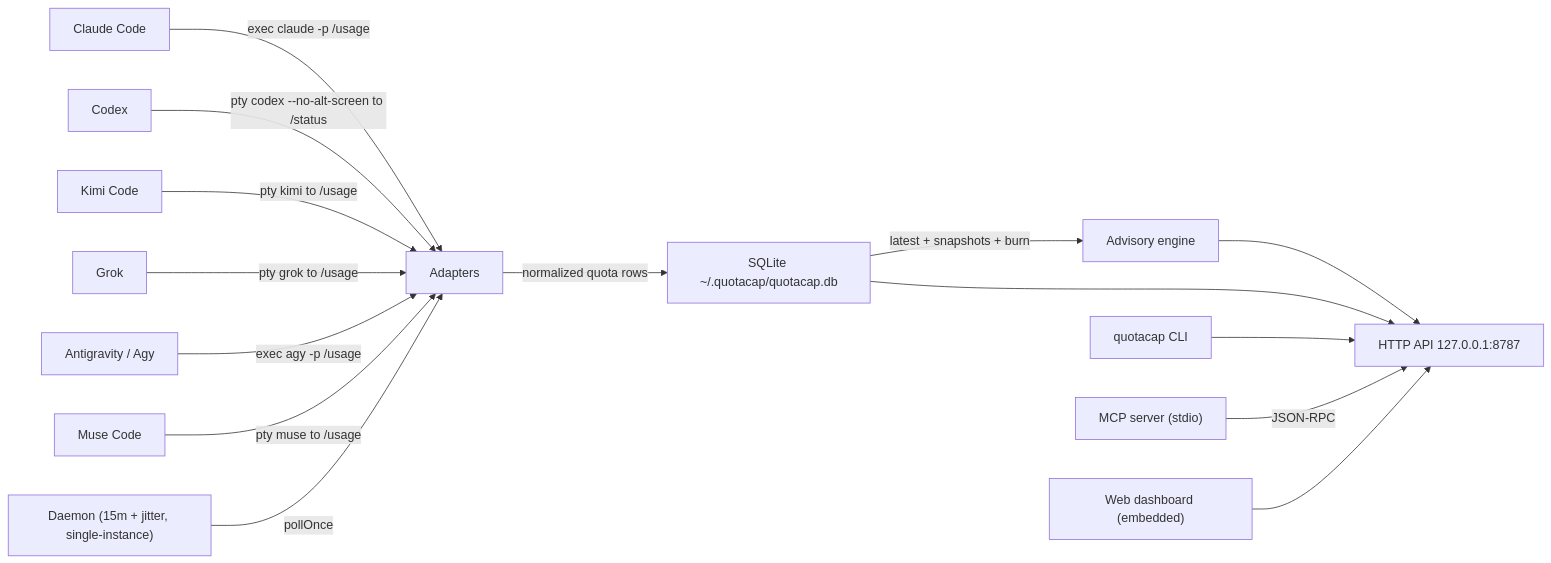
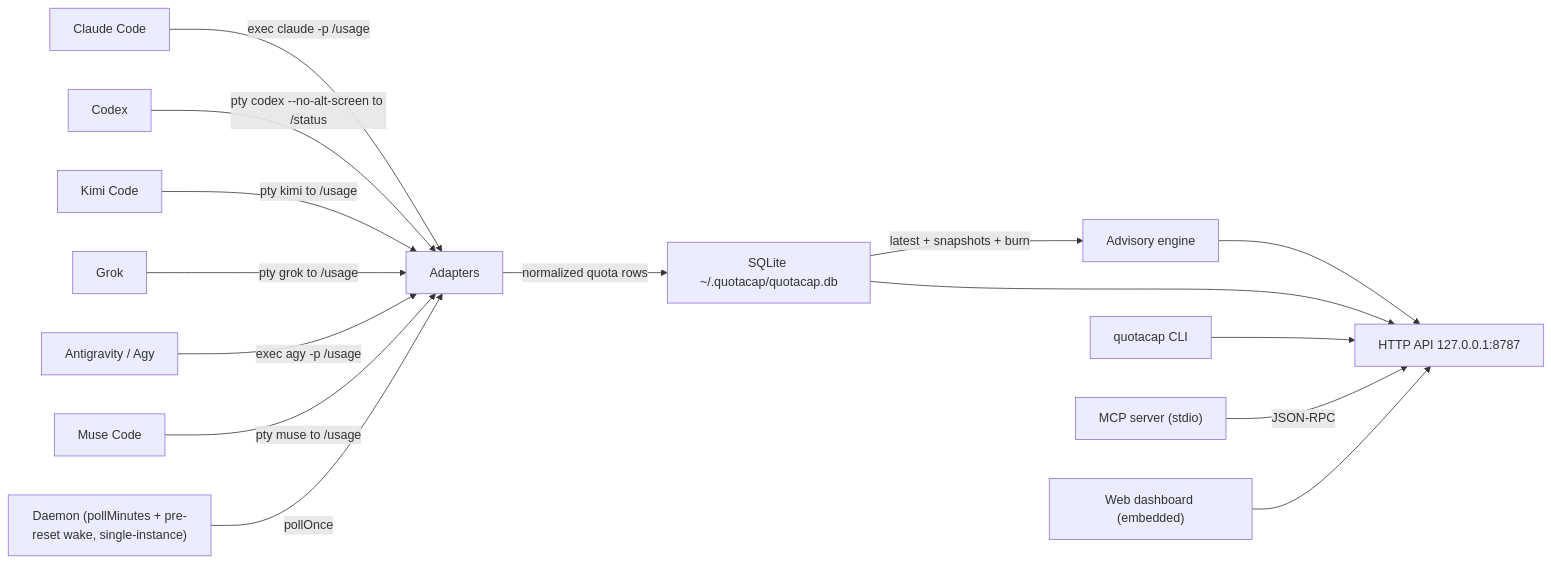
One commit to carlosboeing/quotacap changed the diagram in docs/architecture.md. Above: the diagram before and after it, drawn with Mermaid. The commit also changed other lines of this file and 27 other files, not shown here.

````diff
--- a/docs/architecture.md
+++ b/docs/architecture.md
@@ -41,26 +41,26 @@
 ```mermaid
 flowchart LR
   CP["Claude Code"]
   CX["Codex"]
   KM["Kimi Code"]
   GK["Grok"]
   AG["Antigravity / Agy"]
   MS["Muse Code"]
 
   CP -->|exec claude -p /usage| AD["Adapters"]
   CX -->|pty codex --no-alt-screen to /status| AD
   KM -->|pty kimi to /usage| AD
   GK -->|pty grok to /usage| AD
   AG -->|exec agy -p /usage| AD
   MS -->|pty muse to /usage| AD
 
   AD -->|normalized quota rows| ST["SQLite ~/.quotacap/quotacap.db"]
-  DT["Daemon (15m + jitter, single-instance)"] -->|pollOnce| AD
+  DT["Daemon (pollMinutes + pre-reset wake, single-instance)"] -->|pollOnce| AD
   ST -->|latest + snapshots + burn| AE["Advisory engine"]
 
   AE --> API["HTTP API 127.0.0.1:8787"]
   ST --> API
   CLI["quotacap CLI"] --> API
   MCP["MCP server (stdio)"] -->|JSON-RPC| API
   WEB["Web dashboard (embedded)"] --> API
 ```
````
